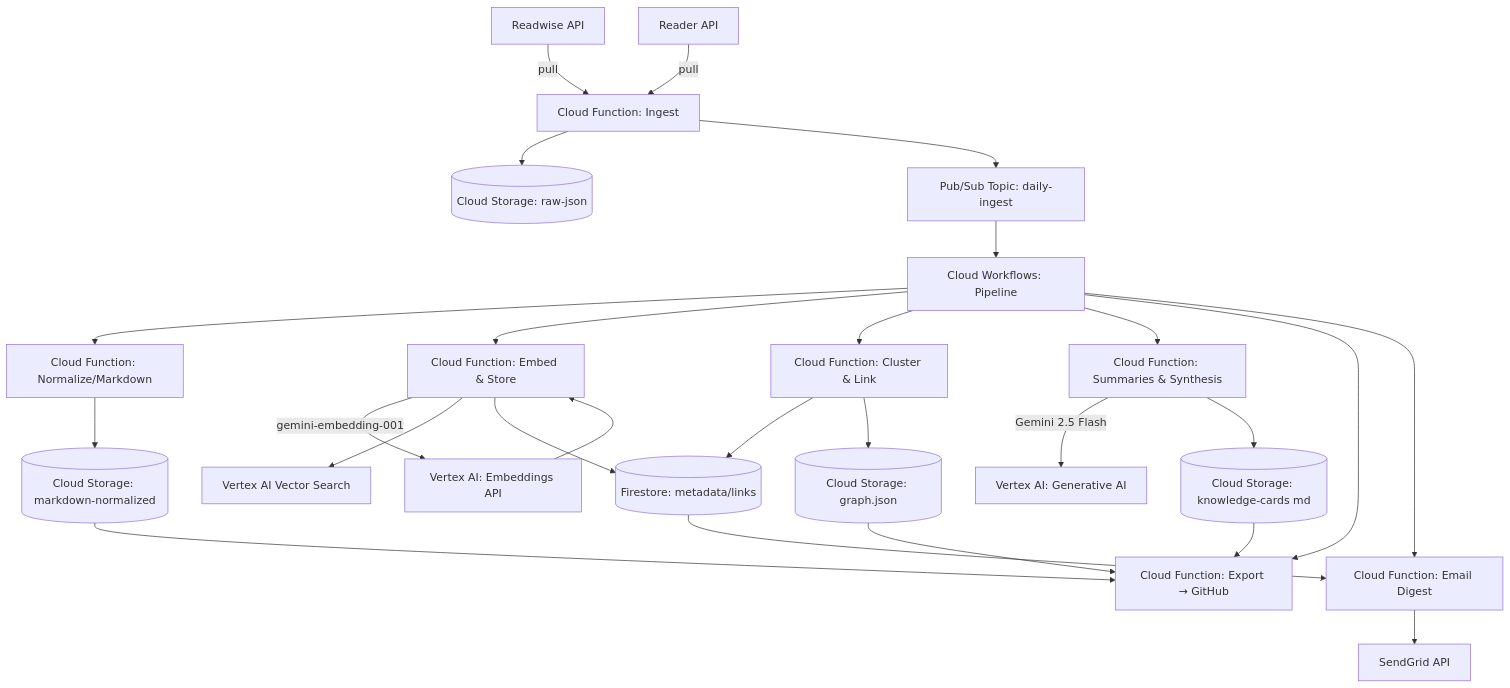
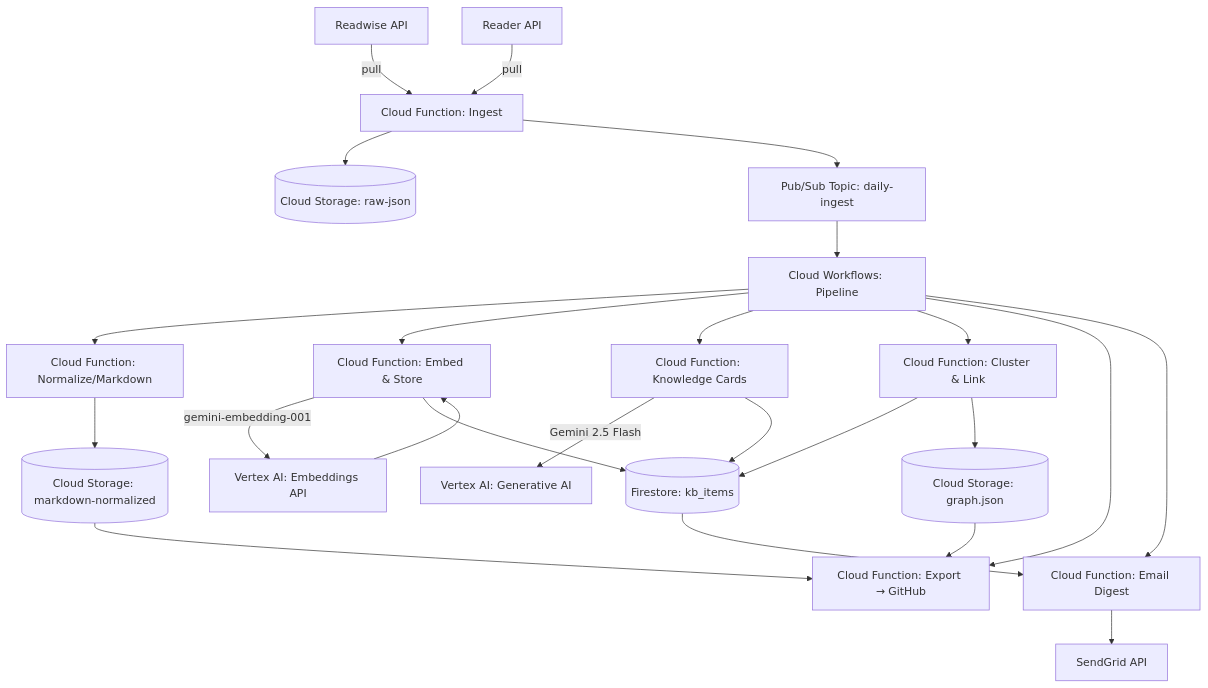
Before and after one commit to chrismmuc/kx-hub: the first of 3 diagrams in docs/architecture.md, drawn with Mermaid. The commit also changed other lines of this file and 17 other files, not shown here.

First line of the commit message:
feat(knowledge-cards): implement AI-powered knowledge card generation (Story 2.1)

````diff
--- a/docs/architecture.md
+++ b/docs/architecture.md
@@ -13,36 +13,34 @@
 ```mermaid
 flowchart TB
   RW[Readwise API] -->|pull| F1[Cloud Function: Ingest]
   RR[Reader API]   -->|pull| F1
 
   F1 --> GCS_RAW[(Cloud Storage: raw-json)]
   F1 --> PS_TOPIC[Pub/Sub Topic: daily-ingest]
 
   PS_TOPIC --> WF[Cloud Workflows: Pipeline]
 
   WF --> F2[Cloud Function: Normalize/Markdown]
   F2 --> GCS_MD[(Cloud Storage: markdown-normalized)]
 
   WF --> F3[Cloud Function: Embed & Store]
   F3 -->|gemini-embedding-001| V_EMB[Vertex AI: Embeddings API]
   V_EMB --> F3
-  F3 --> V_VS[Vertex AI Vector Search]
-  F3 --> FS_META[(Firestore: metadata/links)]
+  F3 --> FS_KB[(Firestore: kb_items)]
 
-  WF --> F4[Cloud Function: Cluster & Link]
-  F4 --> FS_META
-  F4 --> GCS_GRAPH[(Cloud Storage: graph.json)]
+  WF --> F4[Cloud Function: Knowledge Cards]
+  F4 -->|Gemini 2.5 Flash| V_GEN[Vertex AI: Generative AI]
+  F4 --> FS_KB
 
-  WF --> F5[Cloud Function: Summaries & Synthesis]
-  F5 -->|Gemini 2.5 Flash| V_GEN[Vertex AI: Generative AI]
-  F5 --> GCS_KC[(Cloud Storage: knowledge-cards md)]
+  WF --> F5[Cloud Function: Cluster & Link]
+  F5 --> FS_KB
+  F5 --> GCS_GRAPH[(Cloud Storage: graph.json)]
 
   WF --> F6[Cloud Function: Export → GitHub]
   GCS_MD --> F6
-  GCS_KC --> F6
   GCS_GRAPH --> F6
 
   WF --> F7[Cloud Function: Email Digest]
-  FS_META --> F7
+  FS_KB --> F7
   F7 --> SENDGRID[SendGrid API]
 ```
````
